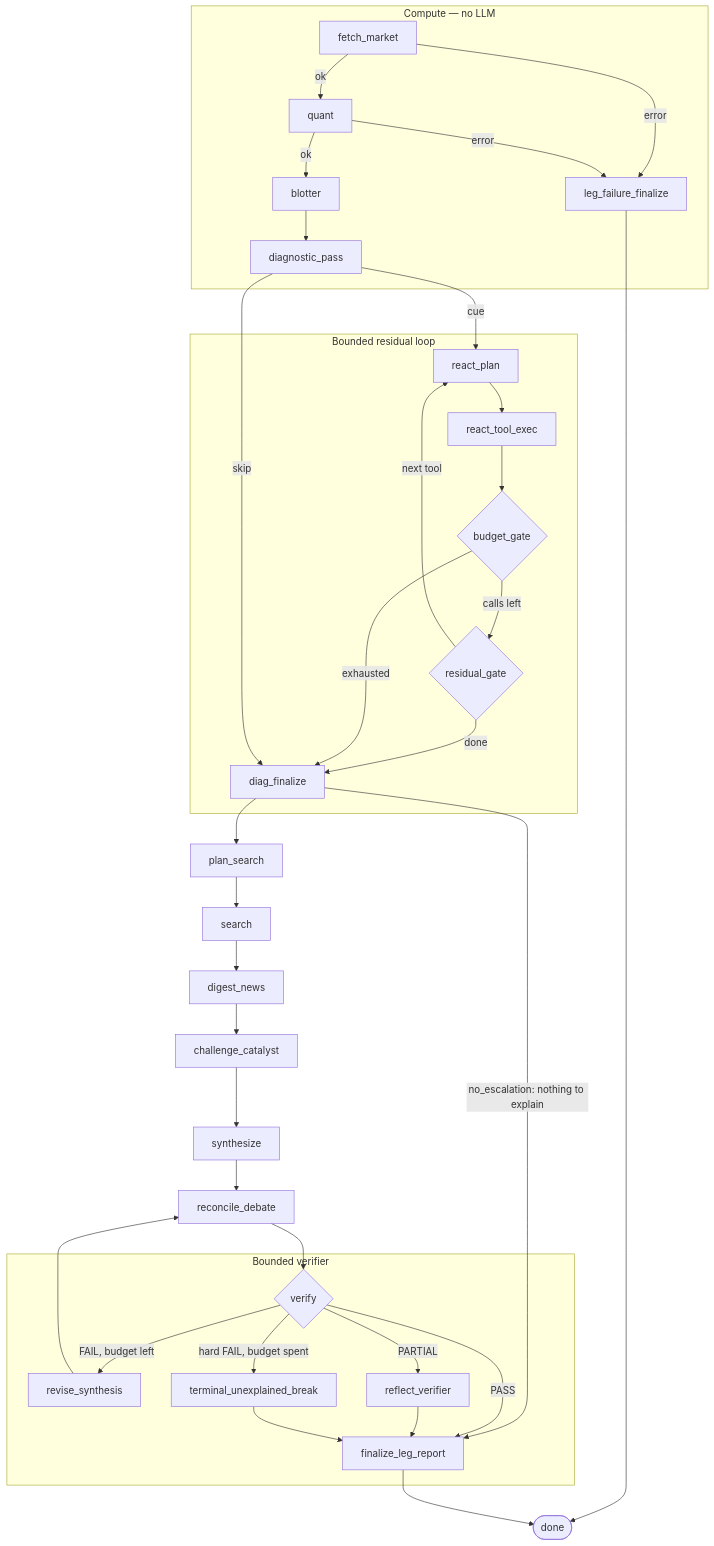
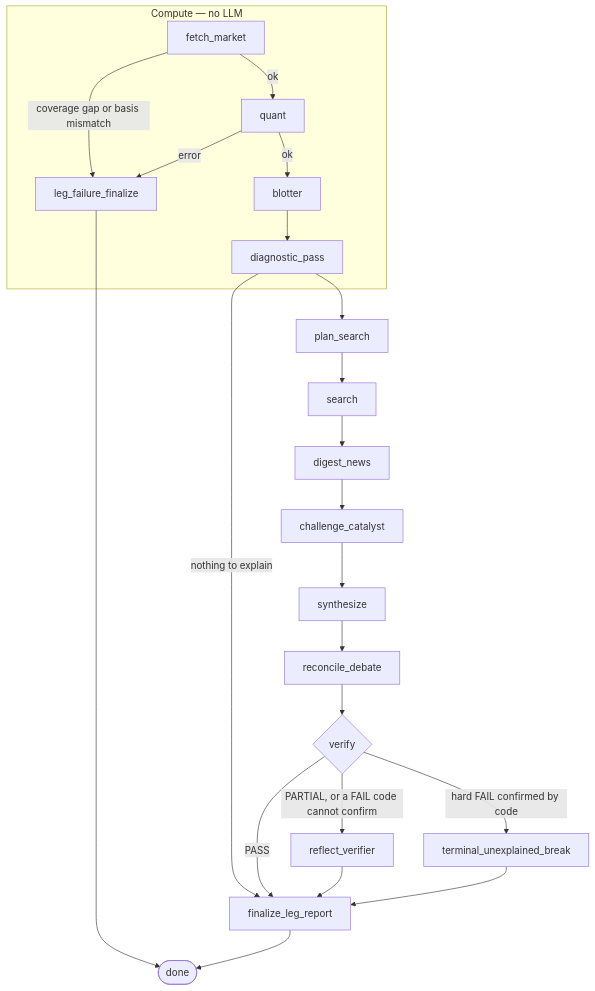
The second of 2 diagrams in README.md (Kmg-Zh/ExplainMyOption), drawn with Mermaid before and after one commit. The commit also changed other lines of this file and 19 other files, not shown here.

````diff
--- a/README.md
+++ b/README.md
@@ -240,40 +245,23 @@
 ```mermaid
 flowchart TB
   subgraph compute["Compute — no LLM"]
     FM[fetch_market] -->|ok| Q[quant]
-    FM -->|error| FAIL[leg_failure_finalize]
+    FM -->|coverage gap or basis mismatch| FAIL[leg_failure_finalize]
     Q -->|ok| BL[blotter]
     Q -->|error| FAIL
     BL --> DP[diagnostic_pass]
   end
 
-  subgraph residual["Bounded residual loop"]
-    RP[react_plan] --> EX[react_tool_exec] --> BG{budget_gate}
-    BG -->|calls left| RG{residual_gate}
-    RG -->|next tool| RP
-    RG -->|done| DF[diag_finalize]
-    BG -->|exhausted| DF
-  end
-
-  DP -->|cue| RP
-  DP -->|skip| DF
-  DF -->|no_escalation: nothing to explain| FIN[finalize_leg_report]
-
-  DF --> PS[plan_search] --> SE[search] --> DG[digest_news]
+  DP -->|nothing to explain| FIN[finalize_leg_report]
+  DP --> PS[plan_search] --> SE[search] --> DG[digest_news]
   DG --> CH[challenge_catalyst] --> SY[synthesize] --> RC[reconcile_debate]
 
-  subgraph verify["Bounded verifier"]
-    VF{verify}
-    VF -->|PASS| FIN
-    VF -->|FAIL, budget left| REV[revise_synthesis]
-    VF -->|PARTIAL| REF[reflect_verifier]
-    VF -->|hard FAIL, budget spent| TUB[terminal_unexplained_break]
-  end
-
-  RC --> VF
-  REV --> RC
+  RC --> VF{verify}
+  VF -->|PASS| FIN
+  VF -->|PARTIAL, or a FAIL code cannot confirm| REF[reflect_verifier]
+  VF -->|hard FAIL confirmed by code| TUB[terminal_unexplained_break]
   REF --> FIN
   TUB --> FIN
   FAIL --> DONE([done])
   FIN --> DONE
 ```
````
